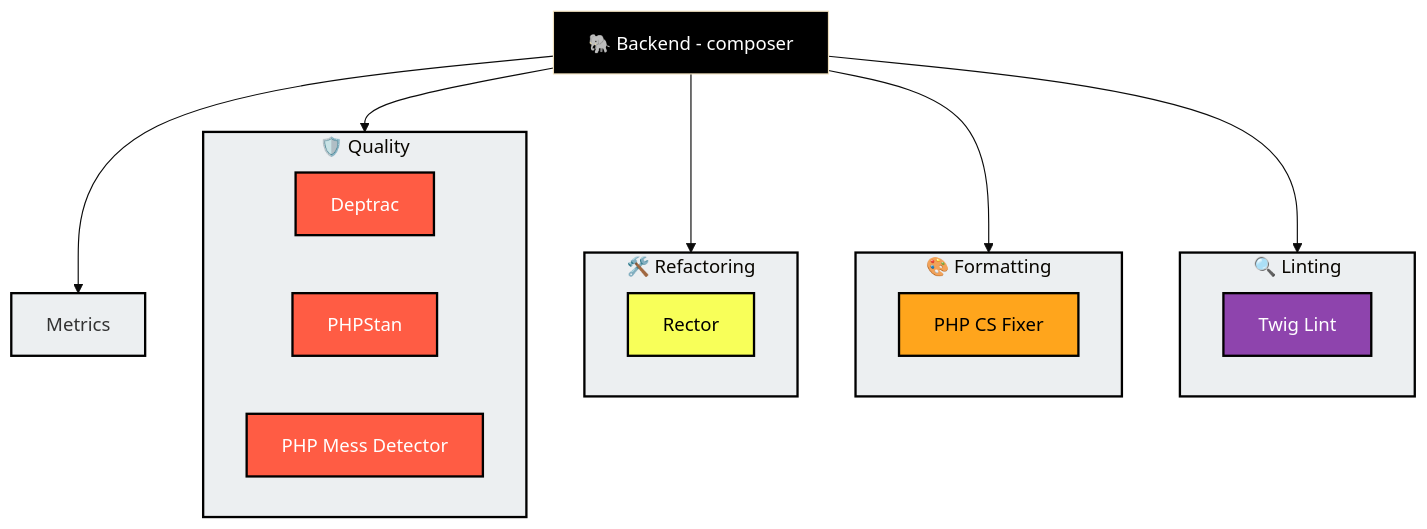
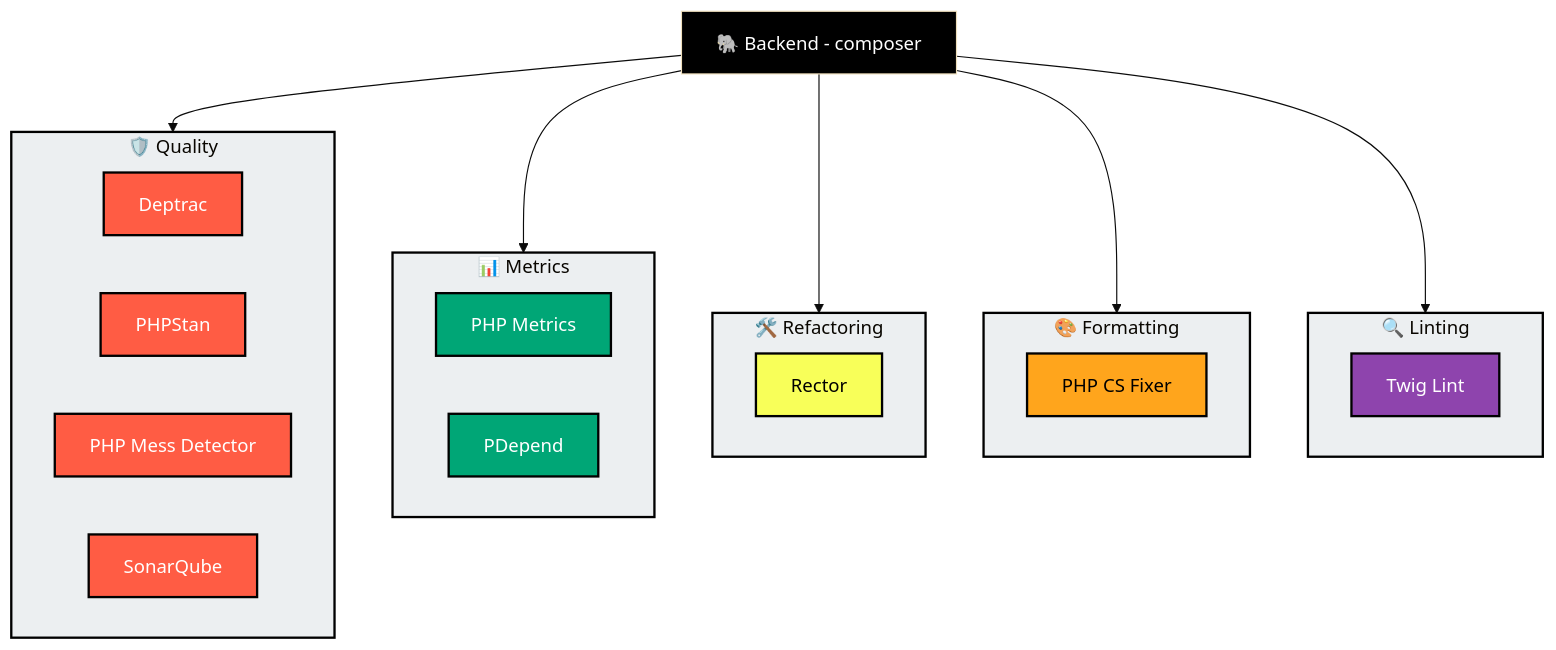
Before and after one commit to developer-samuel/levelup-store: the diagram in docs/diagrams/graphs/tools/backend.mmd, drawn with Mermaid (base theme). The commit also changed 25 other files, not shown here.

Commit message:
docs: add infrastructure runbook, fix stack coverage, and update diagrams

```diff
--- a/docs/diagrams/graphs/tools/backend.mmd
+++ b/docs/diagrams/graphs/tools/backend.mmd
@@ -1,54 +1,61 @@
 graph TD
     %% Subgraph styles
     style Quality fill:#eceff1, stroke:#000, stroke-width:2px;
     style Metrics fill:#eceff1, stroke:#000, stroke-width:2px;
     style Refactoring fill:#eceff1, stroke:#000, stroke-width:2px;
     style Formatting fill:#eceff1, stroke:#000, stroke-width:2px;
     style Linting fill:#eceff1, stroke:#000, stroke-width:2px;
 
     %% Class Styles
     classDef tools fill:#000, color:#fff;
     classDef quality fill:#ff5c44, color:#fff, stroke:#000, stroke-width:2px;
     classDef metrics fill:#00a676, color:#fff, stroke:#000, stroke-width:2px;
     classDef refactor fill:#f8ff59, color:#000, stroke:#000, stroke-width:2px;
     classDef formatting fill:#ffa51c, color:#000, stroke:#000, stroke-width:2px;
     classDef linting fill:#8e44ad, color:#fff, stroke:#000, stroke-width:2px;
 
     %% Root
     Backend[🐘 Backend - composer]:::tools
 
     %% Quality
     subgraph Quality["🛡️ Quality"]
         Deptrac[Deptrac]
         PHPStan[PHPStan]
         PHPMD[PHP Mess Detector]
+        SonarQube[SonarQube]
+    end
+
+    %% Metrics
+    subgraph Metrics["📊 Metrics"]
+        PHPMetrics[PHP Metrics]
+        PDepend[PDepend]
     end
 
     %% Refactoring
     subgraph Refactoring["🛠️ Refactoring"]
         Rector[Rector]
     end
 
     %% Formatting
     subgraph Formatting["🎨 Formatting"]
         PHPCS[PHP CS Fixer]
     end
 
     %% Linting
     subgraph Linting["🔍 Linting"]
         TwigLint[Twig Lint]
     end
 
     %% Classes
-    class Deptrac,PHPStan,PHPMD quality;
+    class Deptrac,PHPStan,PHPMD,SonarQube quality;
     class PHPMetrics,PDepend metrics;
     class Rector refactor;
     class PHPCS formatting;
     class TwigLint linting;
 
     %% Connections
     Backend --> Quality
     Backend --> Metrics
     Backend --> Refactoring
     Backend --> Formatting
     Backend --> Linting
```
